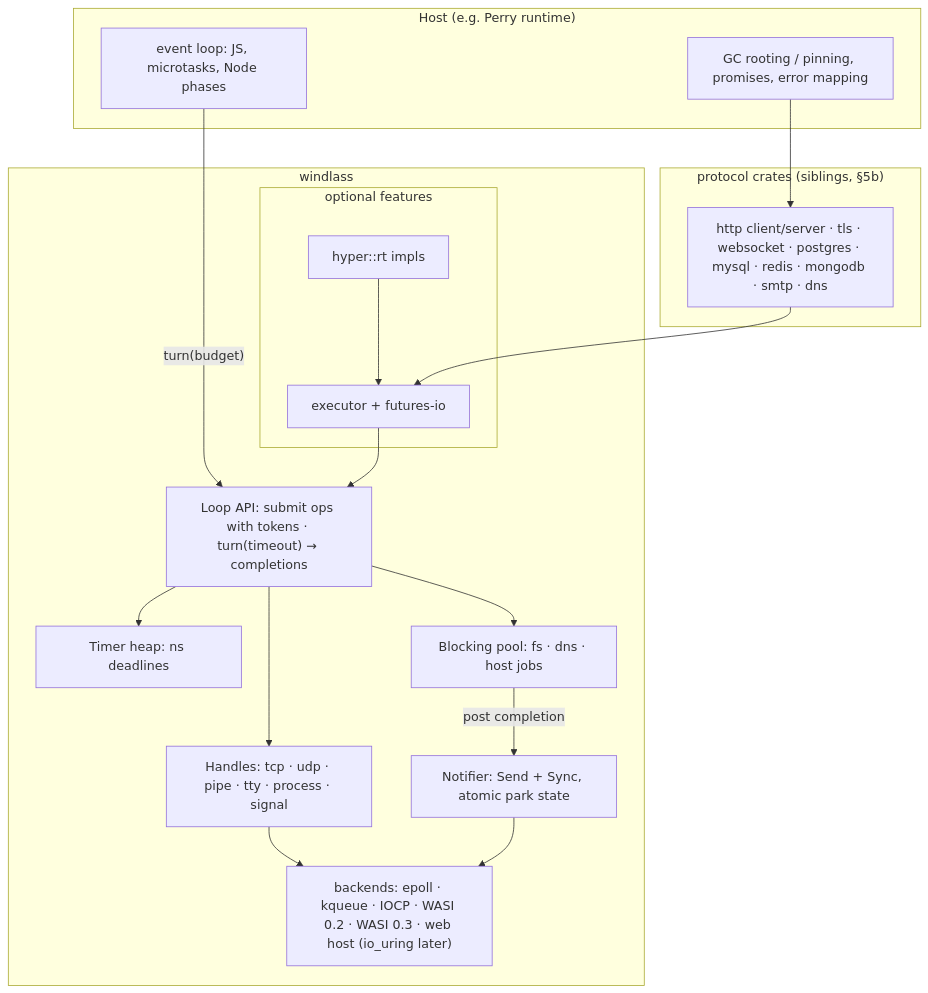
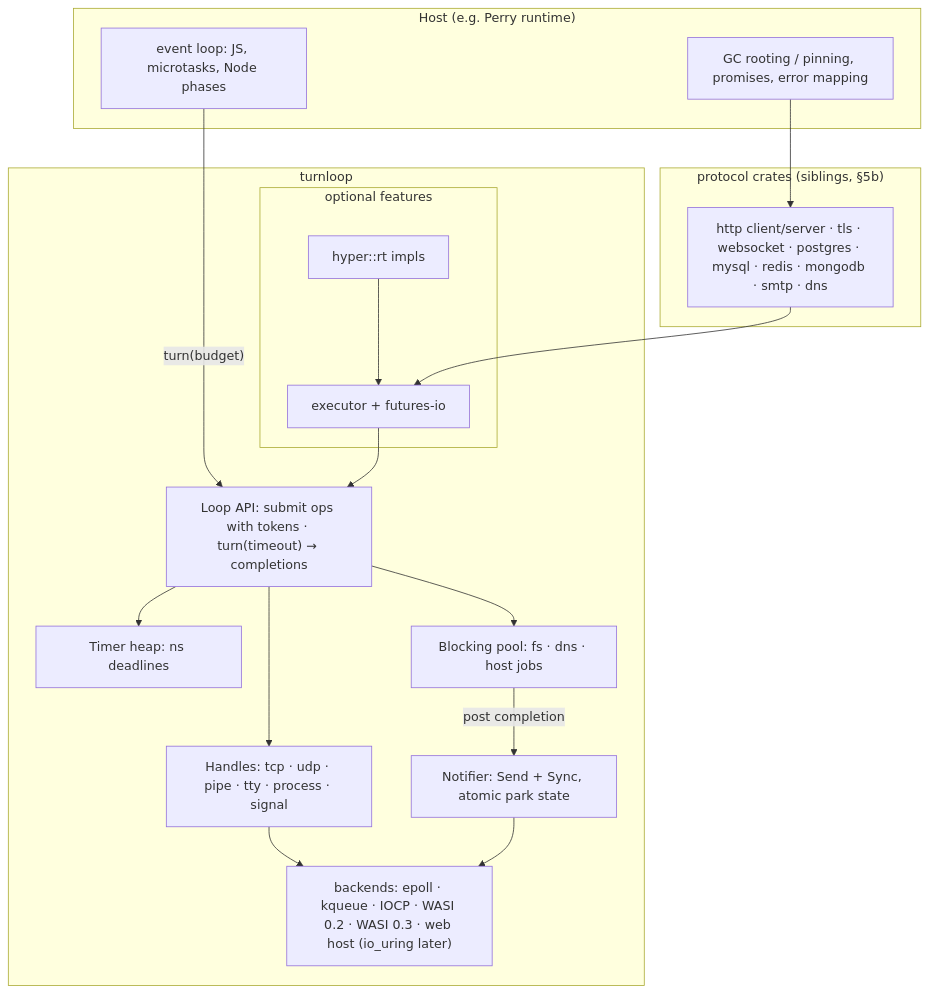
Before and after one commit to PerryTS/turnloop: the diagram in DESIGN.md, drawn with Mermaid. The commit also changed other lines of this file and 2 other files, not shown here.

Commit message:
Rename the project to turnloop

````diff
--- a/DESIGN.md
+++ b/DESIGN.md
@@ -86,31 +86,31 @@
 ```mermaid
 flowchart TB
   subgraph Host["Host (e.g. Perry runtime)"]
     H1["event loop: JS, microtasks, Node phases"]
     H2["GC rooting / pinning, promises, error mapping"]
   end
-  subgraph W["windlass"]
+  subgraph W["turnloop"]
     API["Loop API: submit ops with tokens · turn(timeout) → completions"]
     TM["Timer heap: ns deadlines"]
     NT["Notifier: Send + Sync, atomic park state"]
     HD["Handles: tcp · udp · pipe · tty · process · signal"]
     BP["Blocking pool: fs · dns · host jobs"]
     SYS["backends: epoll · kqueue · IOCP · WASI 0.2 · WASI 0.3 · web host (io_uring later)"]
     subgraph OPT["optional features"]
       EX["executor + futures-io"]
       HR["hyper::rt impls"]
     end
   end
   subgraph P["protocol crates (siblings, §5b)"]
     PR["http client/server · tls · websocket · postgres · mysql · redis · mongodb · smtp · dns"]
   end
   H1 -- "turn(budget)" --> API
   API --> TM & HD & BP
   HD --> SYS
   NT --> SYS
   BP -- "post completion" --> NT
   EX --> API
   HR --> EX
   PR --> EX
   H2 --> PR
 ```
````
